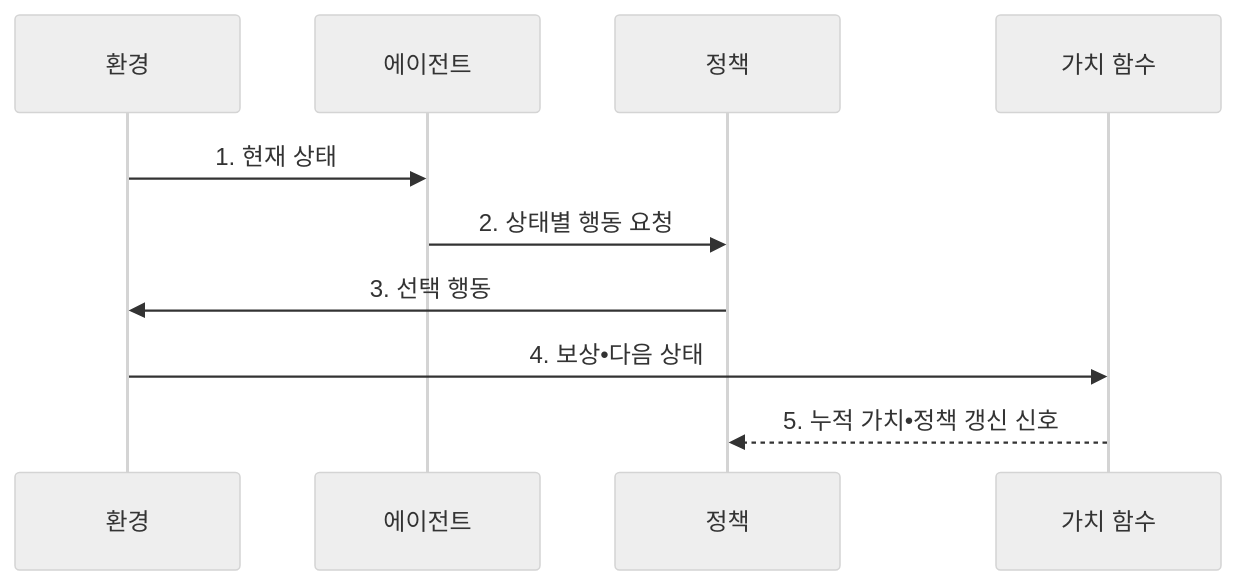
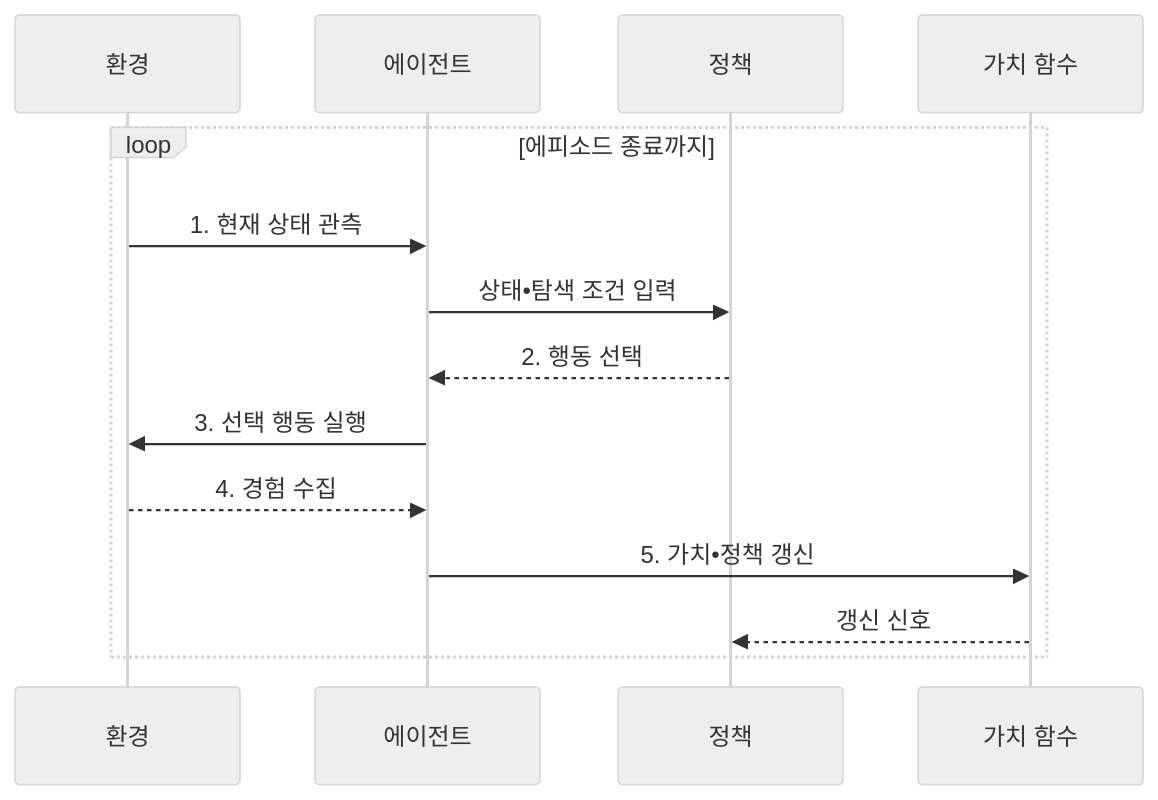
Before and after one commit to agnusdei1207/knowledge-base: the second of 2 diagrams in src/content/docs/notes/08-latest-tech/095_reinforcement_learning.md, drawn with Mermaid (neutral theme). The commit also changed other lines of this file and 13 other files, not shown here.

````diff
--- a/src/content/docs/notes/08-latest-tech/095_reinforcement_learning.md
+++ b/src/content/docs/notes/08-latest-tech/095_reinforcement_learning.md
@@ -106,12 +106,16 @@
 ```mermaid
 sequenceDiagram
   participant E as 환경
   participant A as 에이전트
   participant P as 정책
   participant V as 가치 함수
-  E->>A: 1. 현재 상태
-  A->>P: 2. 상태별 행동 요청
-  P->>E: 3. 선택 행동
-  E->>V: 4. 보상•다음 상태
-  V-->>P: 5. 누적 가치•정책 갱신 신호
+  loop 에피소드 종료까지
+    E->>A: 1. 현재 상태 관측
+    A->>P: 상태•탐색 조건 입력
+    P-->>A: 2. 행동 선택
+    A->>E: 3. 선택 행동 실행
+    E-->>A: 4. 경험 수집
+    A->>V: 5. 가치•정책 갱신
+    V-->>P: 갱신 신호
+  end
 ```
````
